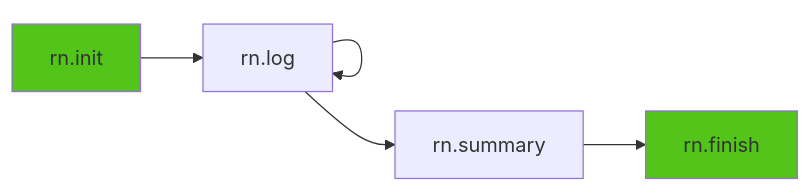
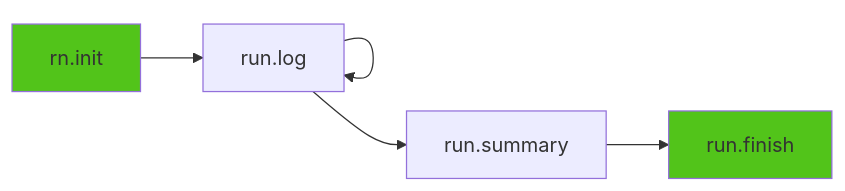
Before and after one commit to Skydoge-zjm/Runicorn: the diagram in docs/user-guide/docs/sdk/overview.md, drawn with Mermaid. The commit also changed other lines of this file and 35 other files, not shown here.

````diff
--- a/docs/user-guide/docs/sdk/overview.md
+++ b/docs/user-guide/docs/sdk/overview.md
@@ -11,10 +11,10 @@
 ```mermaid
 graph LR
-    A[rn.init] --> B[rn.log]
+    A[rn.init] --> B[run.log]
     B --> B
-    B --> C[rn.summary]
-    C --> D[rn.finish]
+    B --> C[run.summary]
+    C --> D[run.finish]
     
     style A fill:#52c41a
     style D fill:#52c41a
 ```
````
